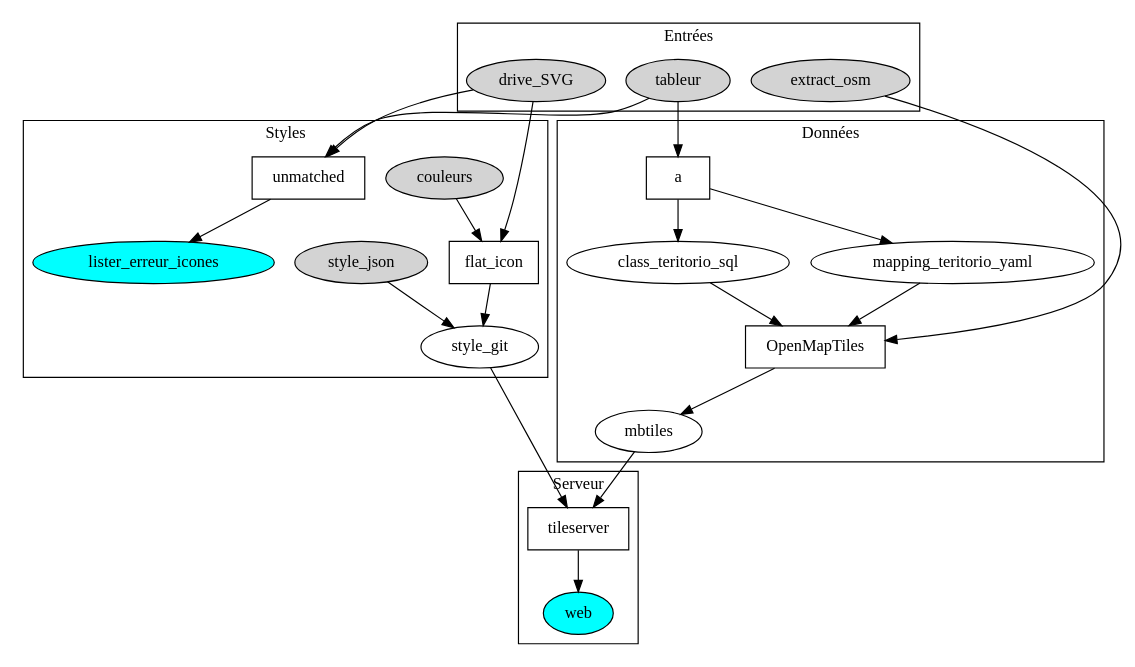
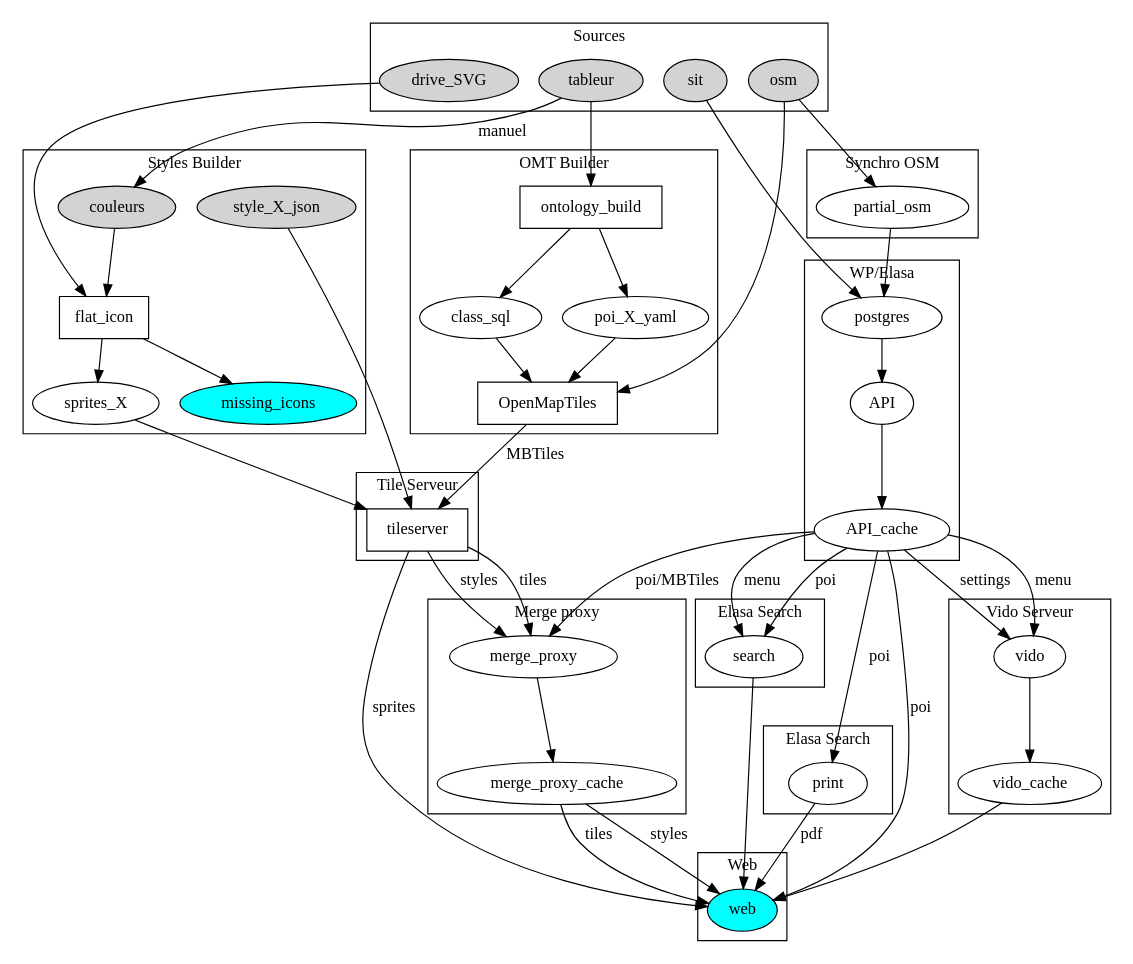
Before and after one commit to teritorio/teritorio-gl-style-builder: the diagram in doc/process.dot, drawn with Graphviz. The commit also changed 1 other file, not shown here.

```diff
--- a/doc/process.dot
+++ b/doc/process.dot
@@ -1,59 +1,116 @@
 digraph G {
-    subgraph clustercloud {
-        label = "Entrées";
+    subgraph cluster_sources {
+        label = "Sources";
 
         tableur [style=filled]
         drive_SVG [style=filled]
-        extract_osm [style=filled]
+        osm [style=filled]
+        sit [style=filled]
     }
 
-    subgraph clusterstyle {
-        label = "Styles";
-
-        tableur -> unmatched;
-        drive_SVG -> unmatched;
-        unmatched -> lister_erreur_icones
+    subgraph cluster_style {
+        label = "Styles Builder";
 
         drive_SVG -> flat_icon;
+
+        tableur -> couleurs [label=manuel];
         couleurs -> flat_icon;
 
-        flat_icon -> style_git;
-        style_json -> style_git;
+        flat_icon -> sprites_X;
+        flat_icon -> missing_icons;
+        style_X_json;
 
         couleurs [style=filled]
-        unmatched [shape=box]
         flat_icon [shape=box]
-        lister_erreur_icones [style=filled,fillcolor=cyan]
+        missing_icons [style=filled,fillcolor=cyan]
         couleurs [style=filled]
-        style_json [style=filled]
+        style_X_json [style=filled]
     }
 
-    subgraph clusterdata {
-        label = "Données";
+    subgraph cluster_data {
+        label = "OMT Builder";
 
-        tableur -> a;
-        a -> class_teritorio_sql;
-        a -> mapping_teritorio_yaml;
-        class_teritorio_sql -> OpenMapTiles;
-        mapping_teritorio_yaml -> OpenMapTiles;
-        extract_osm -> OpenMapTiles;
+        tableur -> ontology_build;
+        ontology_build -> class_sql;
+        ontology_build -> poi_X_yaml;
+        class_sql -> OpenMapTiles;
+        poi_X_yaml -> OpenMapTiles;
+        osm -> OpenMapTiles;
 
-        OpenMapTiles -> mbtiles;
-
-        a [shape=box]
+        ontology_build [shape=box]
         OpenMapTiles [shape=box]
     }
 
-    subgraph clusterserveur {
-        label = "Serveur";
+    subgraph cluster_tile_serveur {
+        label = "Tile Serveur";
 
-        style_git -> tileserver;
-        mbtiles -> tileserver;
-        tileserver -> web;
+        style_X_json -> tileserver;
+        sprites_X -> tileserver;
+        OpenMapTiles -> tileserver [label=MBTiles];
 
-        tileserver [shape=box
-]
+        tileserver [shape=box]
     }
 
-    web [style=filled,fillcolor=cyan]
+    subgraph cluster_synchro_osm {
+        label = "Synchro OSM";
+
+        osm -> partial_osm;
+    }
+
+    subgraph cluster_wp_elasa {
+        label = "WP/Elasa";
+
+        sit -> postgres;
+        partial_osm -> postgres;
+        postgres -> API;
+
+        API -> API_cache;
+    }
+
+
+    subgraph cluster_merge_proxy {
+        label = "Merge proxy";
+
+        tileserver -> merge_proxy [label=styles];
+        tileserver -> merge_proxy [label=tiles];
+        API_cache -> merge_proxy [label="poi/MBTiles"];
+        merge_proxy -> merge_proxy_cache;
+    }
+
+    subgraph cluster_viso_server {
+        label = "Vido Serveur";
+
+        API_cache -> vido [label=settings];
+        API_cache -> vido [label=menu];
+
+        vido -> vido_cache;
+    }
+
+    subgraph cluster_elasa_search {
+        label = "Elasa Search";
+
+        API_cache -> search [label=menu];
+        API_cache -> search [label=poi];
+    }
+
+    subgraph cluster_elasa_print {
+        label = "Elasa Search";
+
+        API_cache -> print [label=poi];
+    }
+
+    subgraph cluster_web {
+        label = "Web";
+
+        merge_proxy_cache -> web [label=styles];
+        merge_proxy_cache -> web [label=tiles];
+        tileserver -> web [label=sprites];
+
+        vido_cache -> web;
+        API_cache -> web [label=poi];
+        search -> web;
+        print -> web [label=pdf];
+
+        web [style=filled,fillcolor=cyan]
+    }
 }
```
